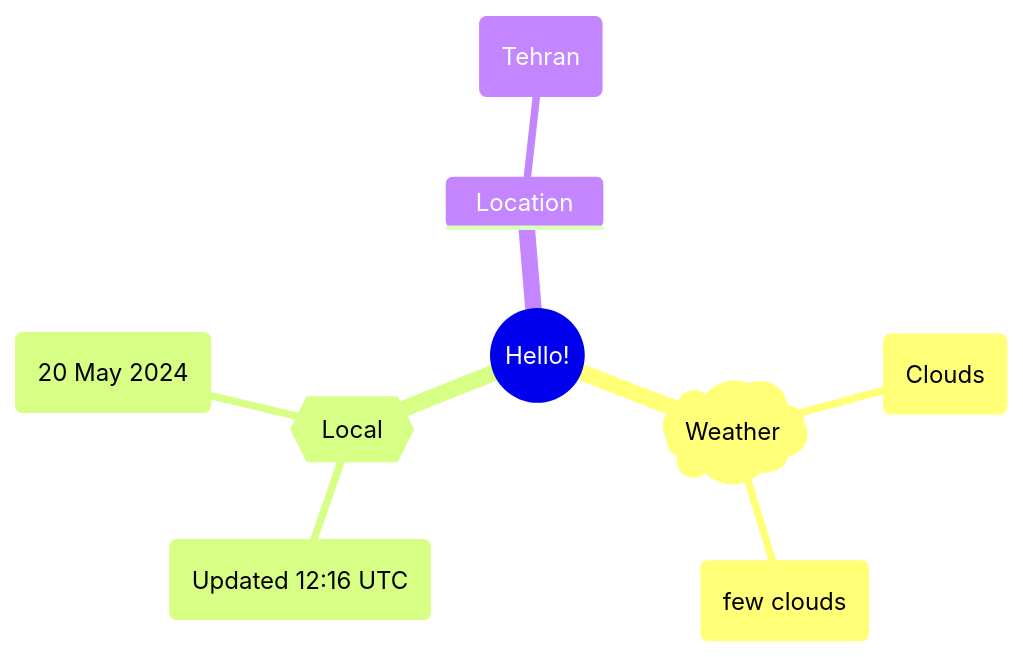
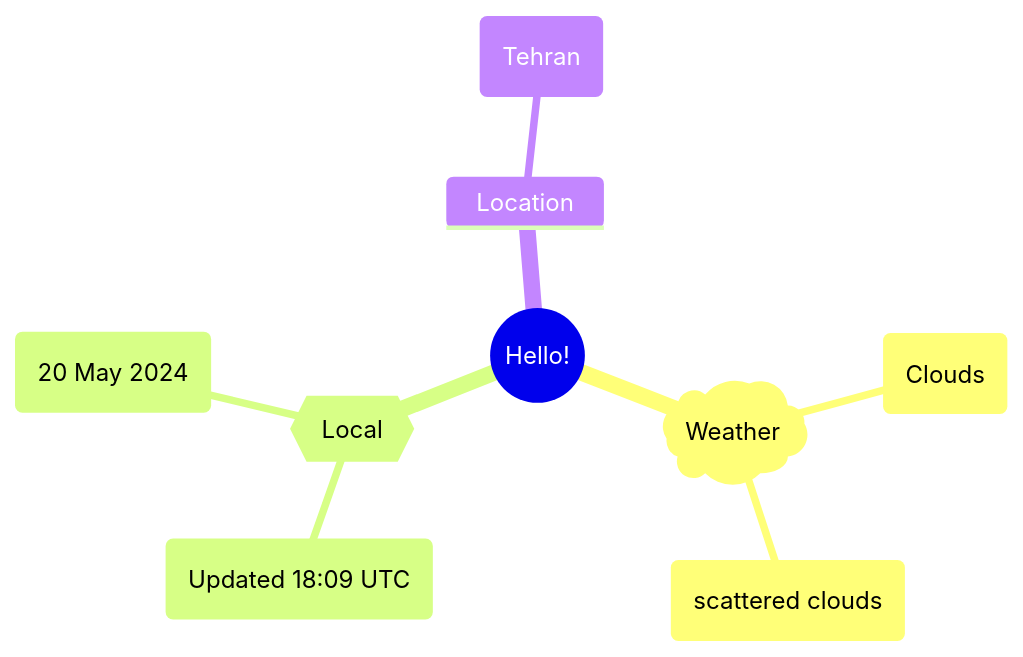
The first of 2 diagrams in README.md (Xosrov/Xosrov), drawn with Mermaid before and after one commit.

Commit message:
[bot] updated images

````diff
--- a/README.md
+++ b/README.md
@@ -3,12 +3,12 @@
 ```mermaid
 mindmap
   root((Hello!))
     )Weather(
         (Clouds)
-        (few clouds)
+        (scattered clouds)
     {{Local}}
-        (Updated 12:16 UTC)
+        (Updated 18:09 UTC)
         (20 May 2024)
     Location
         (Tehran)
 ```
````
